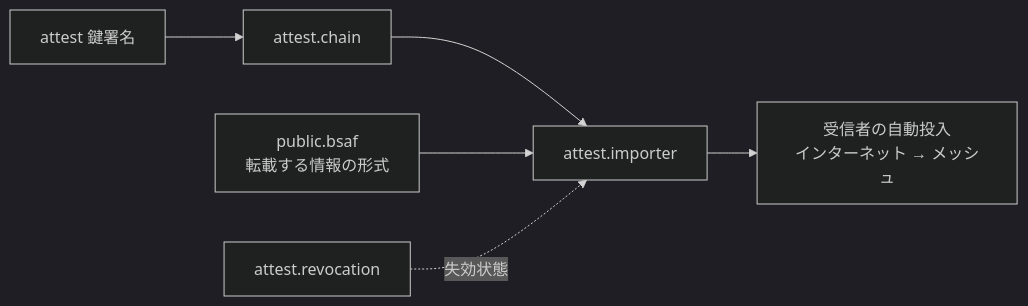
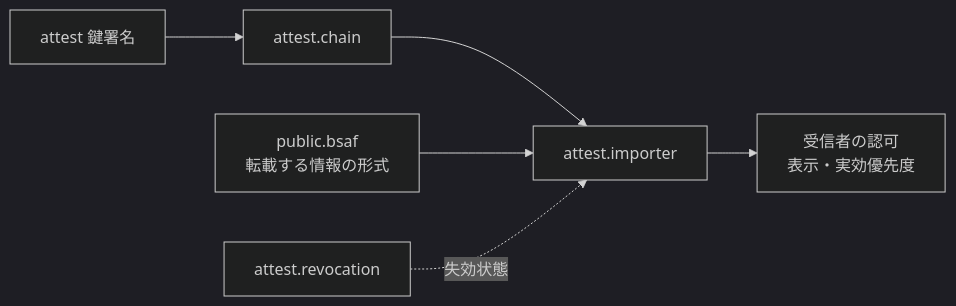
Before and after one commit to jphacks/sd_2607: the first of 2 diagrams in protocol/mosimo/attest/importer/README.md, drawn with Mermaid (dark theme). The commit also changed other lines of this file and 26 other files, not shown here.

````diff
--- a/protocol/mosimo/attest/importer/README.md
+++ b/protocol/mosimo/attest/importer/README.md
@@ -19,8 +19,8 @@
 ```mermaid
 flowchart LR
   a[attest 鍵署名] --> c[attest.chain]
   c --> i[attest.importer]
   b[public.bsaf<br/>転載する情報の形式] --> i
   r[attest.revocation] -.失効状態.-> i
-  i --> ing[受信者の自動投入<br/>インターネット → メッシュ]
+  i --> ing[受信者の認可<br/>表示・実効優先度]
 ```
````
